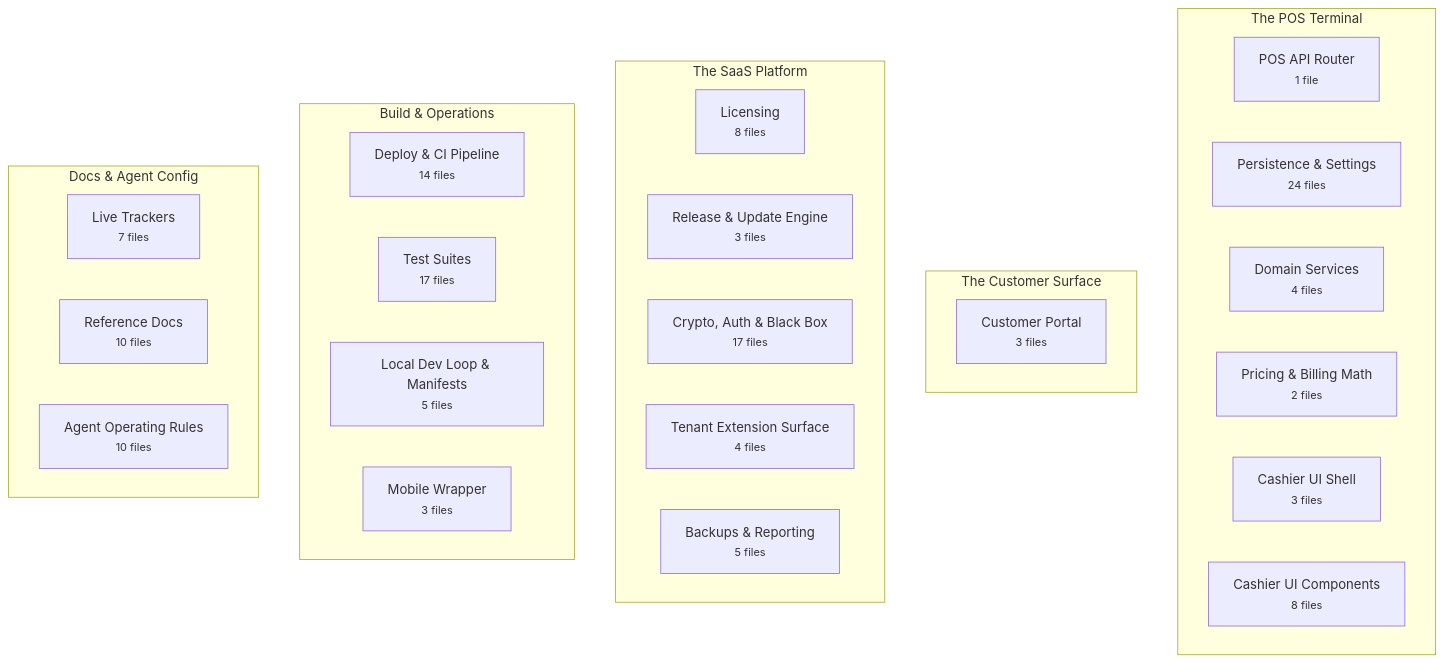
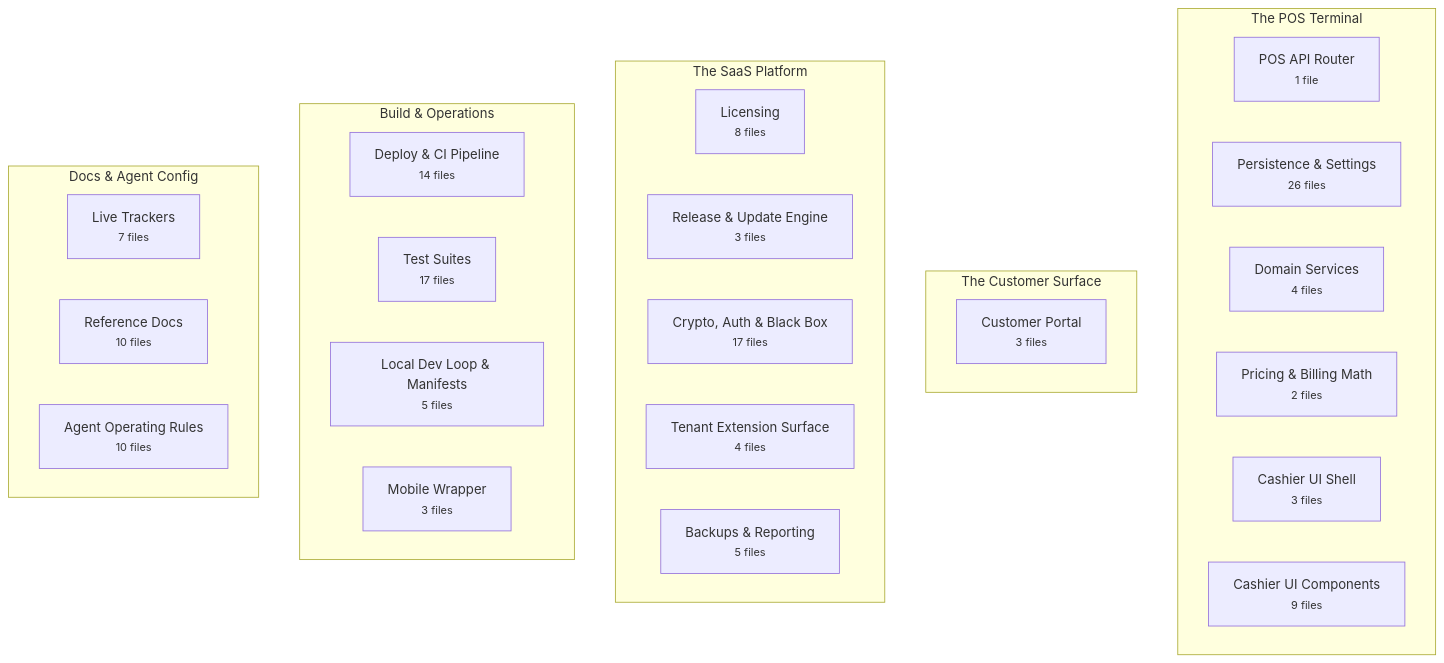
Before and after one commit to Vishalnayak226/gold_pos: the first of 2 diagrams in docs/brain/BRAIN.md, drawn with Mermaid. The commit also changed other lines of this file and 14 other files, not shown here.

````diff
--- a/docs/brain/BRAIN.md
+++ b/docs/brain/BRAIN.md
@@ -20,37 +20,37 @@
 ```mermaid
 flowchart TB
   subgraph pos["The POS Terminal"]
     direction LR
     pos_api["POS API Router<br/><small>1 file</small>"]
-    persistence["Persistence & Settings<br/><small>24 files</small>"]
+    persistence["Persistence & Settings<br/><small>26 files</small>"]
     domain_services["Domain Services<br/><small>4 files</small>"]
     pricing["Pricing & Billing Math<br/><small>2 files</small>"]
     pos_ui["Cashier UI Shell<br/><small>3 files</small>"]
-    pos_components["Cashier UI Components<br/><small>8 files</small>"]
+    pos_components["Cashier UI Components<br/><small>9 files</small>"]
   end
   subgraph customer["The Customer Surface"]
     direction LR
     customer_portal["Customer Portal<br/><small>3 files</small>"]
   end
   subgraph platform["The SaaS Platform"]
     direction LR
     licensing["Licensing<br/><small>8 files</small>"]
     updates["Release & Update Engine<br/><small>3 files</small>"]
     security["Crypto, Auth & Black Box<br/><small>17 files</small>"]
     extensions["Tenant Extension Surface<br/><small>4 files</small>"]
     maintenance["Backups & Reporting<br/><small>5 files</small>"]
   end
   subgraph ops["Build & Operations"]
     direction LR
     deploy["Deploy & CI Pipeline<br/><small>14 files</small>"]
     tests["Test Suites<br/><small>17 files</small>"]
     dev_loop["Local Dev Loop & Manifests<br/><small>5 files</small>"]
     mobile["Mobile Wrapper<br/><small>3 files</small>"]
   end
   subgraph knowledge["Docs & Agent Config"]
     direction LR
     trackers["Live Trackers<br/><small>7 files</small>"]
     reference["Reference Docs<br/><small>10 files</small>"]
     agent_config["Agent Operating Rules<br/><small>10 files</small>"]
   end
 ```
````
